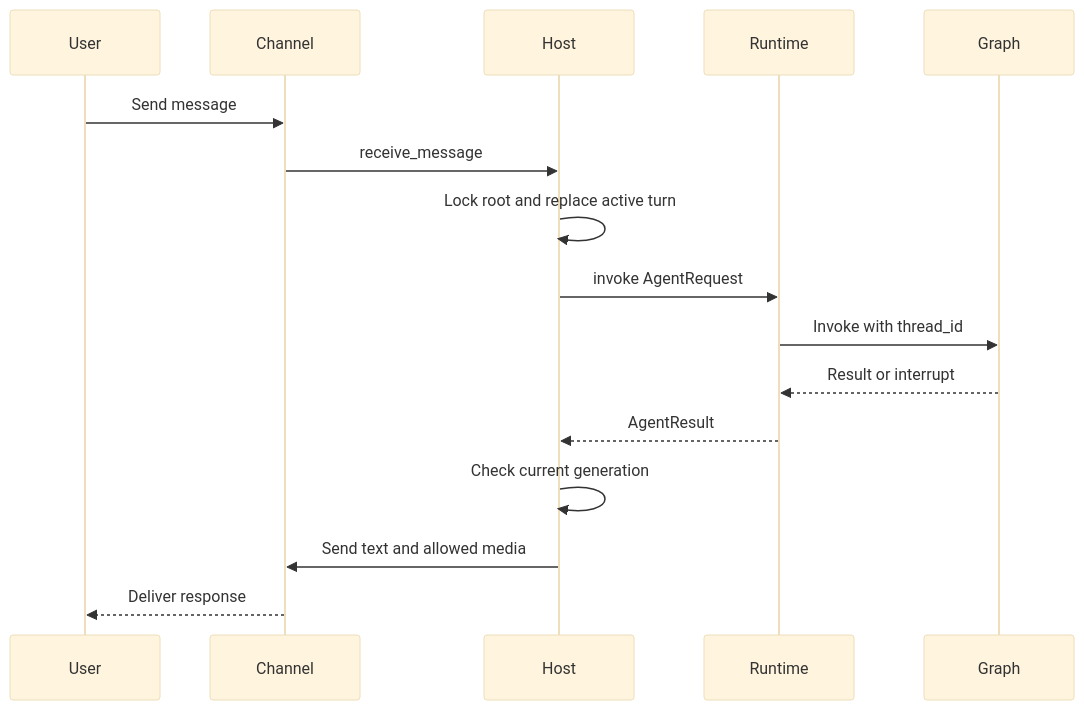
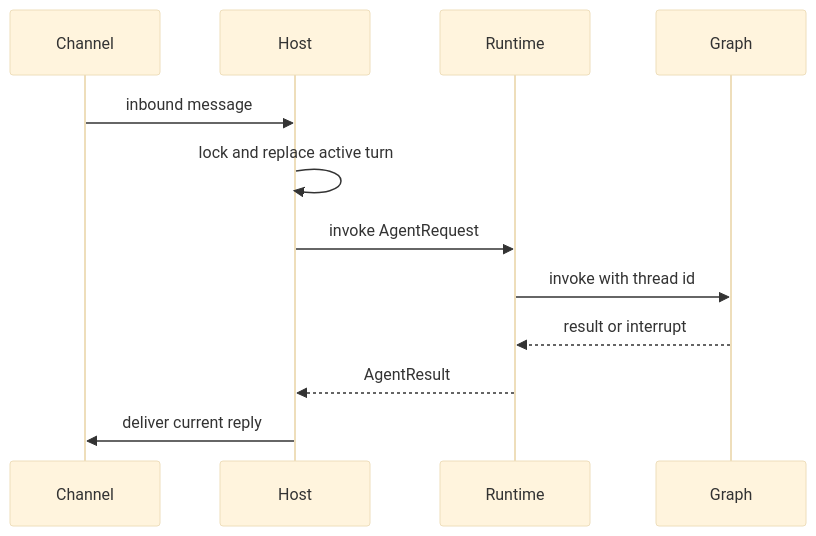
Before and after one commit to langchain-ai/deepagents: the first of 2 diagrams in openwiki/integrations/talon.md, drawn with Mermaid (base theme). The commit also changed other lines of this file and 26 other files, not shown here.

````diff
--- a/openwiki/integrations/talon.md
+++ b/openwiki/integrations/talon.md
@@ -64,18 +58,14 @@
 ```mermaid
 sequenceDiagram
-    participant User
     participant Channel
     participant Host
     participant Runtime
     participant Graph
-    User->>Channel: Send message
-    Channel->>Host: receive_message
-    Host->>Host: Lock root and replace active turn
+    Channel->>Host: inbound message
+    Host->>Host: lock and replace active turn
     Host->>Runtime: invoke AgentRequest
-    Runtime->>Graph: Invoke with thread_id
-    Graph-->>Runtime: Result or interrupt
+    Runtime->>Graph: invoke with thread id
+    Graph-->>Runtime: result or interrupt
     Runtime-->>Host: AgentResult
-    Host->>Host: Check current generation
-    Host->>Channel: Send text and allowed media
-    Channel-->>User: Deliver response
+    Host->>Channel: deliver current reply
 ```
````
